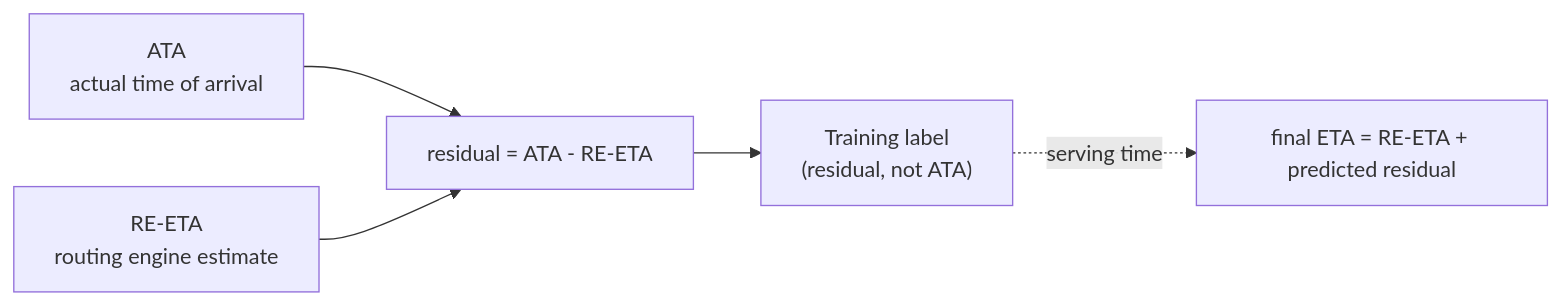
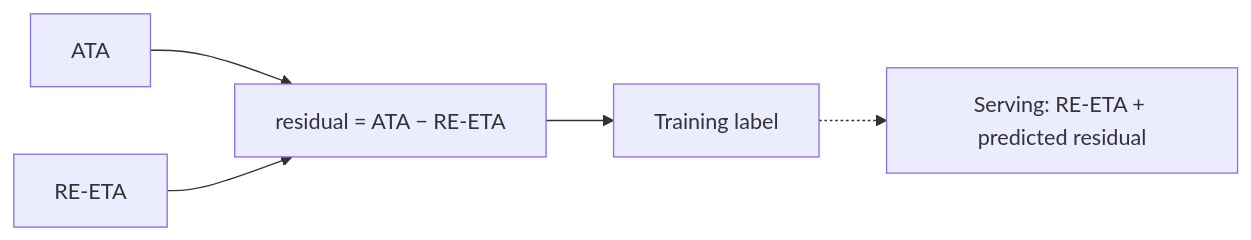
One commit to romancobblepot/AI-system-design-primer changed the first of 3 diagrams in case-studies/uber-eta-prediction/README.md. Above: the diagram before and after it, drawn with Mermaid. The commit also changed other lines of this file and 49 other files, not shown here.

````diff
--- a/case-studies/uber-eta-prediction/README.md
+++ b/case-studies/uber-eta-prediction/README.md
@@ -74,7 +144,7 @@
 ```mermaid
 flowchart LR
-    ATA["ATA\nactual time of arrival"] --> SUB["residual = ATA - RE-ETA"]
-    RE["RE-ETA\nrouting engine estimate"] --> SUB
-    SUB --> TRAIN["Training label\n(residual, not ATA)"]
-    TRAIN -. "serving time" .-> ADD["final ETA = RE-ETA + predicted residual"]
+    ATA["ATA"] --> SUB["residual = ATA − RE-ETA"]
+    RE["RE-ETA"] --> SUB
+    SUB --> TRAIN["Training label"]
+    TRAIN -.-> ADD["Serving: RE-ETA + predicted residual"]
 ```
````
